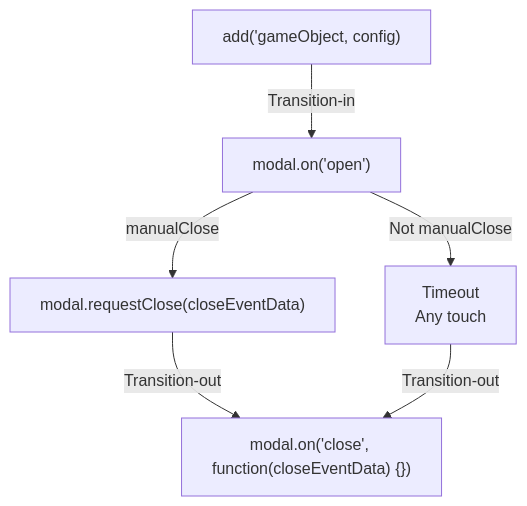
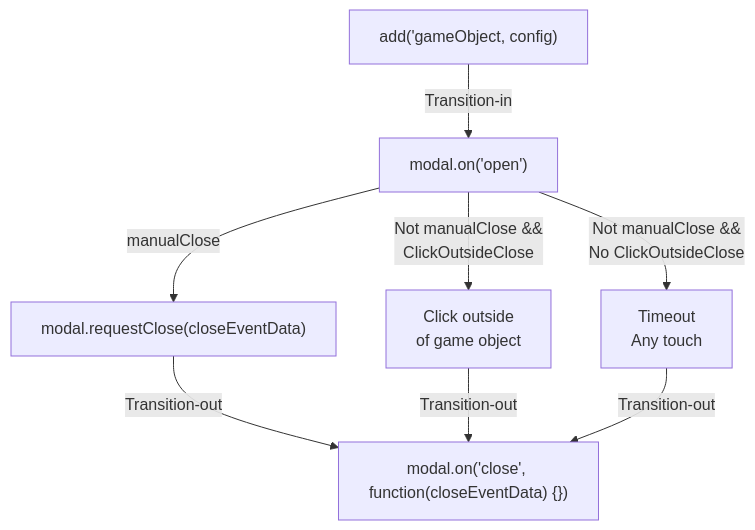
One commit to rexrainbow/phaser3-rex-notes changed the diagram in docs/docs/modal.md. Above: the diagram before and after it, drawn with Mermaid. The commit also changed other lines of this file and 4 other files, not shown here.

Commit message:
Add clickOutsideClose parameter

````diff
--- a/docs/docs/modal.md
+++ b/docs/docs/modal.md
@@ -146,15 +152,18 @@
 ```mermaid
 graph TB
 
 Modal["add('gameObject, config)"]
 OnOpen["modal.on('open')"]
 RequestCloseEvent["modal.requestClose(closeEventData)"]
+ClickOutside["Click outside<br>of game object"]
 TimeOut["Timeout<br>Any touch"]
 OnClose["modal.on('close', function(closeEventData) {})"]
 
 Modal --> |Transition-in| OnOpen
 OnOpen --> |manualClose| RequestCloseEvent
-OnOpen --> |Not manualClose| TimeOut
+OnOpen --> |Not manualClose &&<br> ClickOutsideClose| ClickOutside
+OnOpen --> |Not manualClose &&<br> No ClickOutsideClose| TimeOut
 RequestCloseEvent --> |Transition-out| OnClose
+ClickOutside --> |Transition-out| OnClose
 TimeOut --> |Transition-out| OnClose
 ```
````
